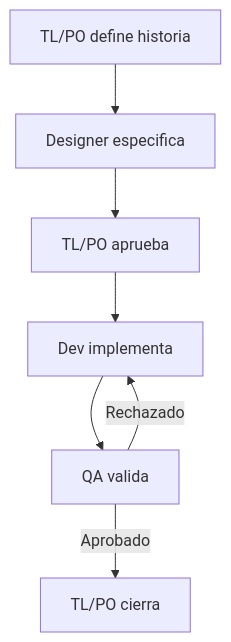
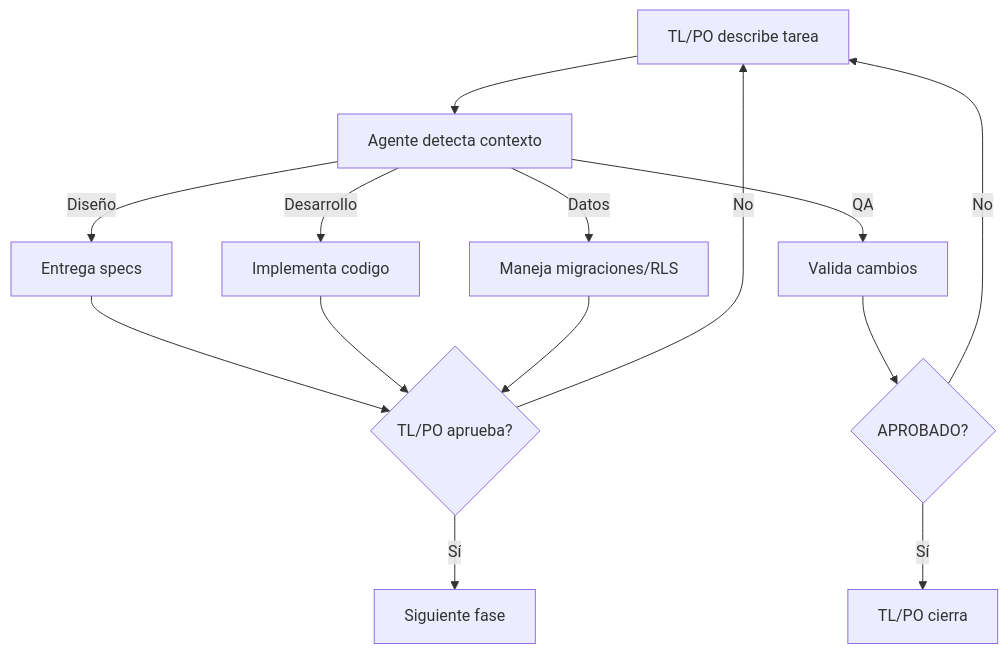
One commit to YoyinLda/miShow changed the diagram in docs/equipo-agentes.md. Above: the diagram before and after it, drawn with Mermaid. The commit also changed other lines of this file and 8 other files, not shown here.

````diff
--- a/docs/equipo-agentes.md
+++ b/docs/equipo-agentes.md
@@ -25,9 +24,16 @@
 ```mermaid
 flowchart TD
-    P[TL/PO define historia] --> D[Designer especifica]
-    D --> A[TL/PO aprueba]
-    A --> DEV[Dev implementa]
-    DEV --> QA[QA valida]
-    QA -->|Rechazado| DEV
-    QA -->|Aprobado| C[TL/PO cierra]
+    P[TL/PO describe tarea] --> A[Agente detecta contexto]
+    A -->|Diseño| D[Entrega specs]
+    A -->|Desarrollo| DEV[Implementa codigo]
+    A -->|QA| Q[Valida cambios]
+    A -->|Datos| DB[Maneja migraciones/RLS]
+    D --> APPROVE{TL/PO aprueba?}
+    DEV --> APPROVE
+    DB --> APPROVE
+    APPROVE -->|Sí| NEXT[Siguiente fase]
+    APPROVE -->|No| P
+    Q --> VERDICT{APROBADO?}
+    VERDICT -->|No| P
+    VERDICT -->|Sí| C[TL/PO cierra]
 ```
````
